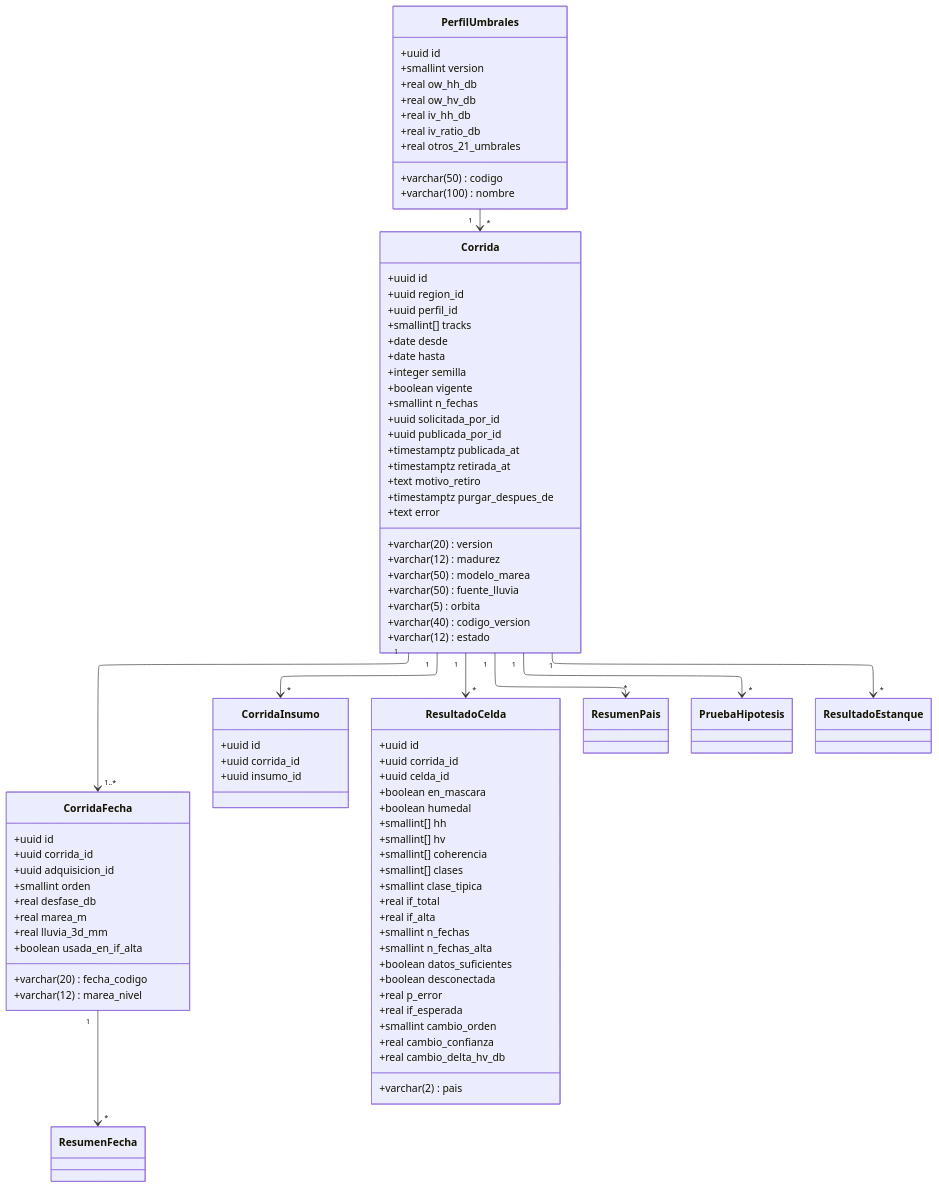
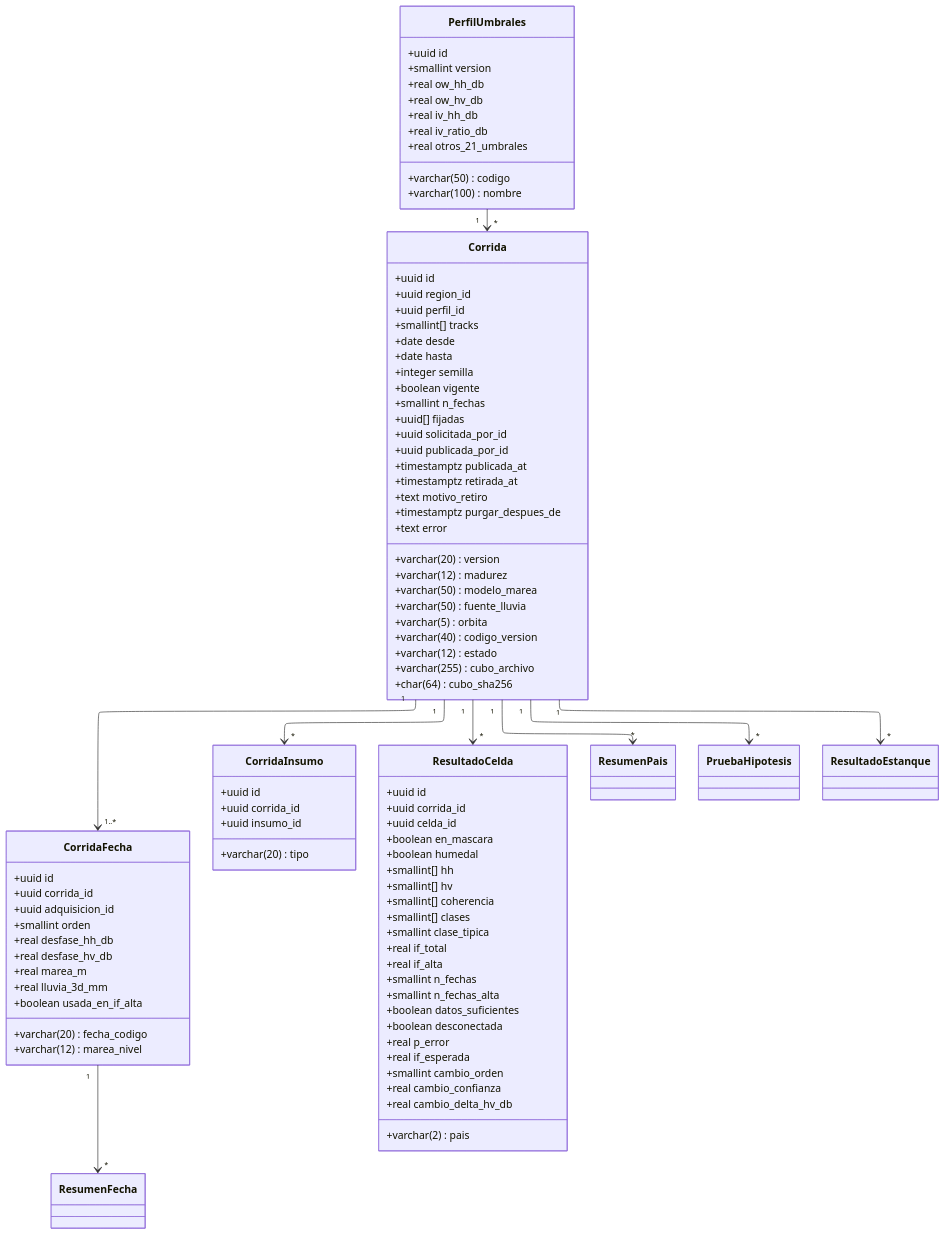
Before and after one commit to Al-Infinito-y-Masaya/api: the diagram in docs/dominio/modulos/analisis.md, drawn with Mermaid. The commit also changed other lines of this file and 11 other files, not shown here.

```diff
--- a/docs/dominio/modulos/analisis.md
+++ b/docs/dominio/modulos/analisis.md
@@ -59,6 +59,9 @@
         +varchar(12) estado
         +boolean vigente
         +smallint n_fechas
+        +uuid[] fijadas
+        +varchar(255) cubo_archivo
+        +char(64) cubo_sha256
         +uuid solicitada_por_id
         +uuid publicada_por_id
         +timestamptz publicada_at
@@ -73,7 +76,8 @@
         +uuid adquisicion_id
         +smallint orden
         +varchar(20) fecha_codigo
-        +real desfase_db
+        +real desfase_hh_db
+        +real desfase_hv_db
         +real marea_m
         +varchar(12) marea_nivel
         +real lluvia_3d_mm
@@ -83,6 +87,7 @@
         +uuid id
         +uuid corrida_id
         +uuid insumo_id
+        +varchar(20) tipo
     }
     class ResultadoCelda {
         +uuid id
```
